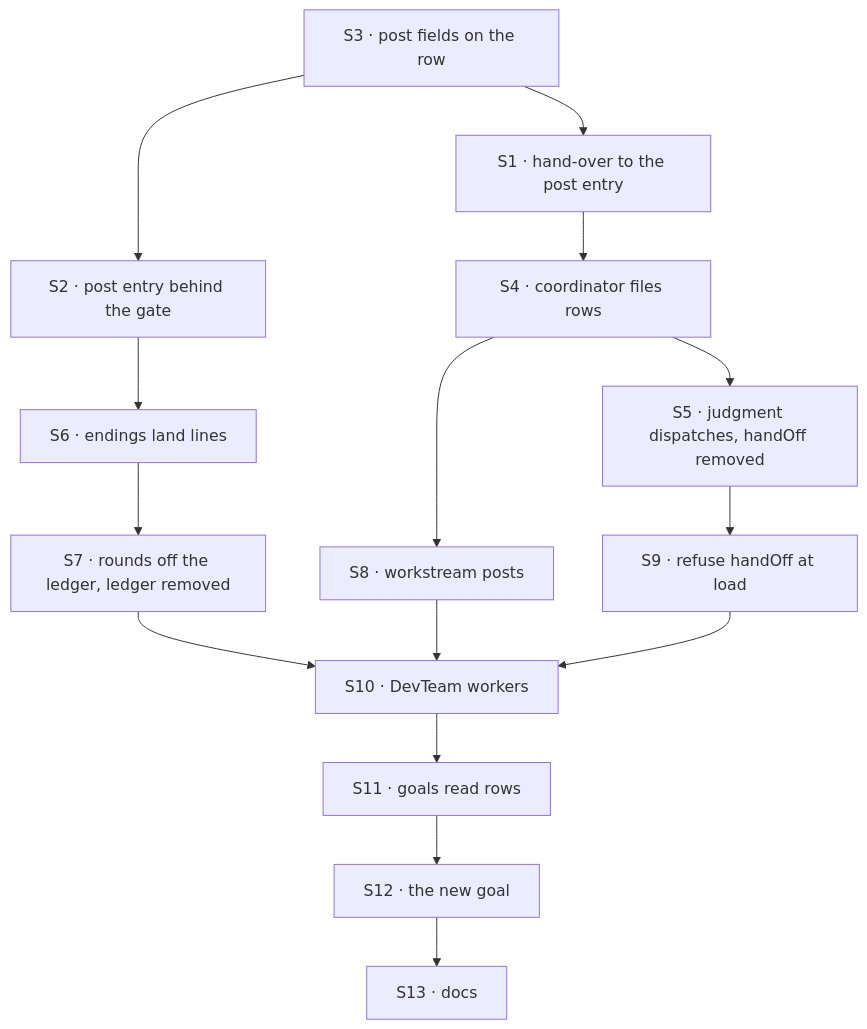
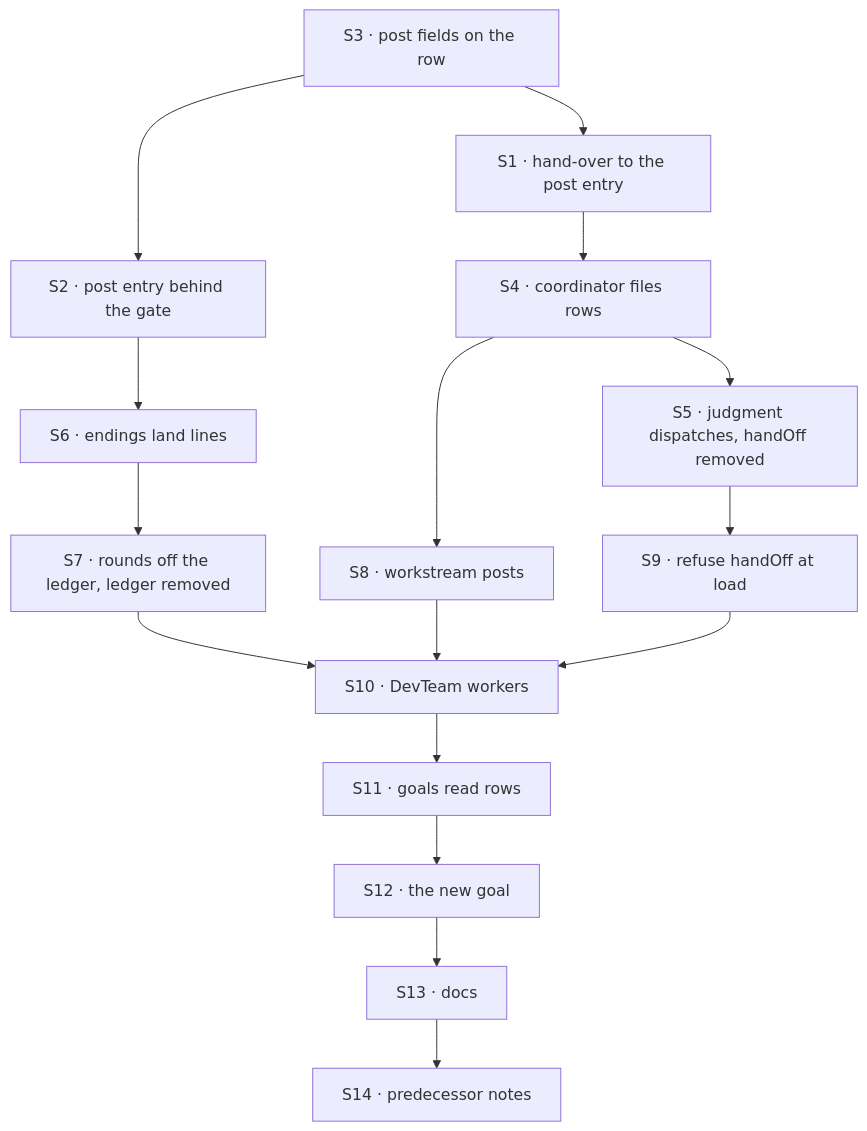
One commit to fixpoint-labs/flow-state-dev changed the diagram in specs/issues/FIX-1872/PLAN.md. Above: the diagram before and after it, drawn with Mermaid. The commit also changed other lines of this file and 7 other files, not shown here.

````diff
--- a/specs/issues/FIX-1872/PLAN.md
+++ b/specs/issues/FIX-1872/PLAN.md
@@ -30,17 +33,18 @@
 ```mermaid
 flowchart TD
   S3["S3 · post fields on the row"] --> S1["S1 · hand-over to the post entry"]
   S3 --> S2["S2 · post entry behind the gate"]
   S1 --> S4["S4 · coordinator files rows"]
   S2 --> S6["S6 · endings land lines"]
   S4 --> S5["S5 · judgment dispatches, handOff removed"]
   S4 --> S8["S8 · workstream posts"]
   S6 --> S7["S7 · rounds off the ledger, ledger removed"]
   S5 --> S9["S9 · refuse handOff at load"]
   S7 --> S10["S10 · DevTeam workers"]
   S8 --> S10
   S9 --> S10
   S10 --> S11["S11 · goals read rows"]
   S11 --> S12["S12 · the new goal"]
   S12 --> S13["S13 · docs"]
+  S13 --> S14["S14 · predecessor notes"]
 ```
````
